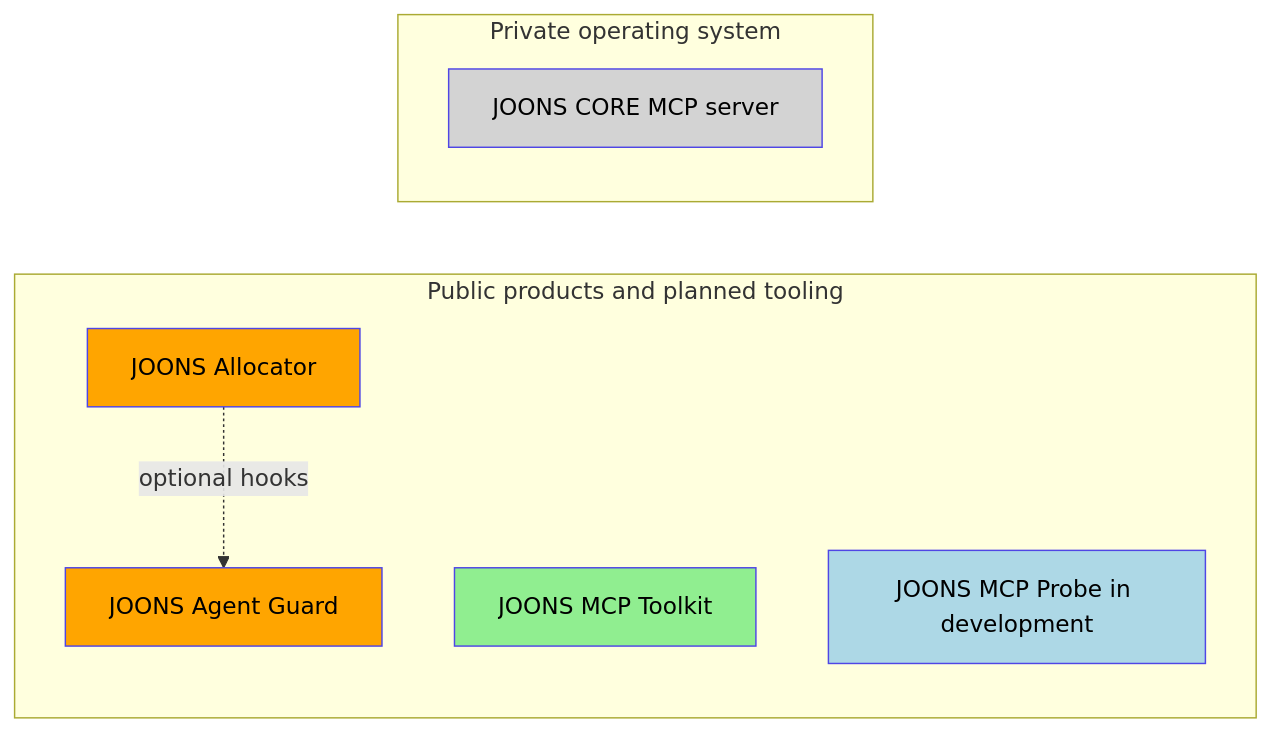
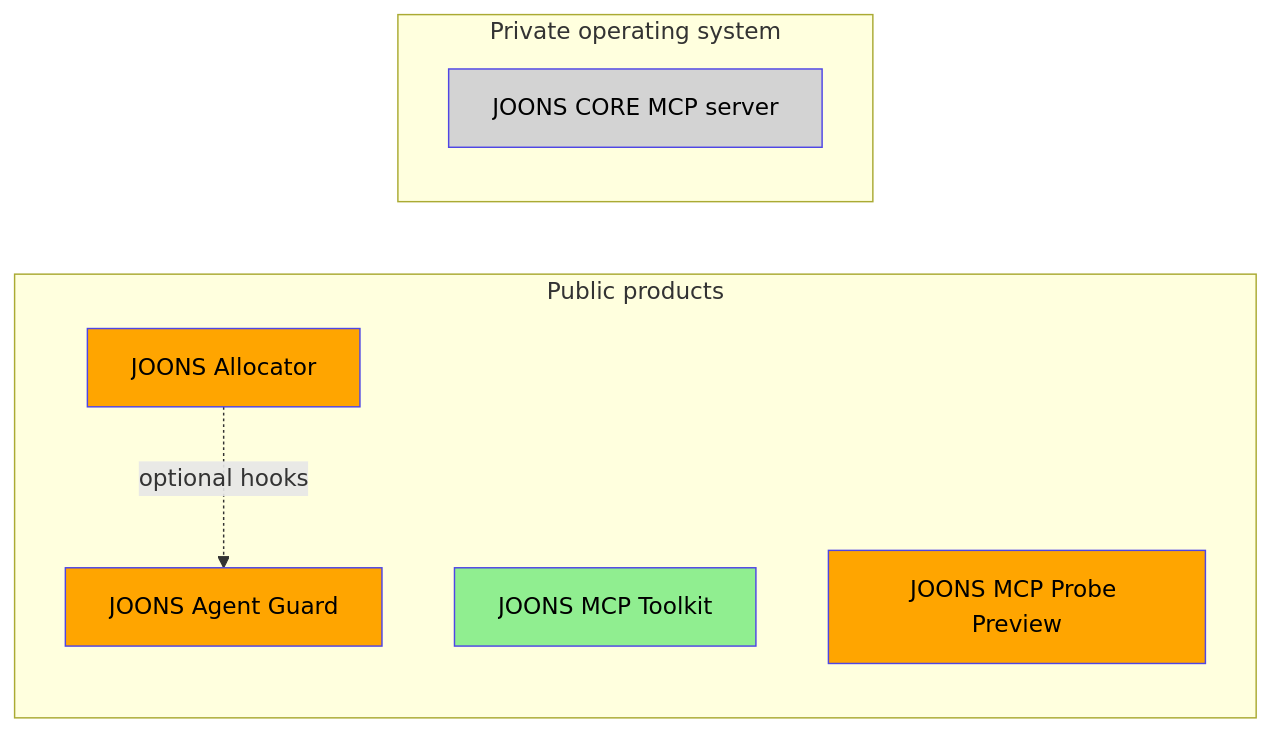
Before and after one commit to dbdefault/joons-ecosystem: the second of 3 diagrams in docs/ARCHITECTURE.md, drawn with Mermaid. The commit also changed other lines of this file and 6 other files, not shown here.

Commit message:
Docs: JOONS MCP Probe v0.1.0 Preview is public

````diff
--- a/docs/ARCHITECTURE.md
+++ b/docs/ARCHITECTURE.md
@@ -38,21 +38,21 @@
 ```mermaid
 flowchart LR
-    subgraph Public["Public products and planned tooling"]
+    subgraph Public["Public products"]
         Guard["JOONS Agent Guard"]
         Allocator["JOONS Allocator"]
         Toolkit["JOONS MCP Toolkit"]
-        Probe["JOONS MCP Probe in development"]
+        Probe["JOONS MCP Probe Preview"]
         Allocator -. "optional hooks" .-> Guard
     end
     subgraph Private["Private operating system"]
         CORE["JOONS CORE MCP server"]
     end
     classDef public fill:#90ee90,stroke:#4F46E5,color:#000
     classDef preview fill:#ffa500,stroke:#4F46E5,color:#000
     classDef planned fill:#add8e6,stroke:#4F46E5,color:#000
     classDef private fill:#d3d3d3,stroke:#4F46E5,color:#000
     class Toolkit public
     class Guard,Allocator preview
-    class Probe planned
+    class Probe preview
     class CORE private
 ```
````
